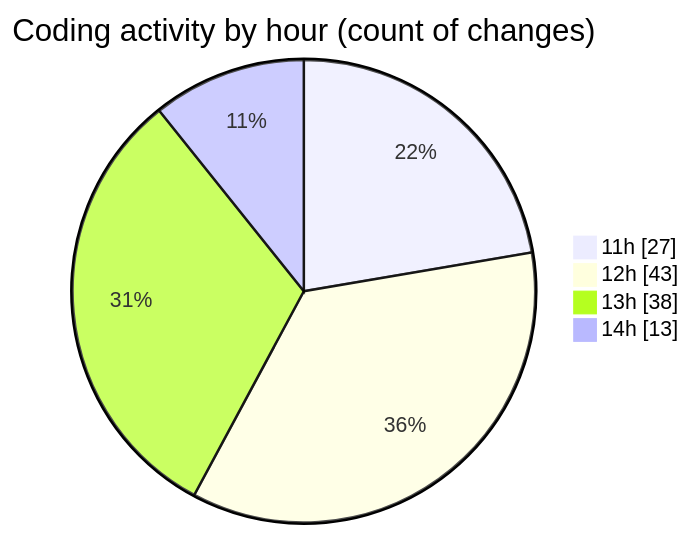
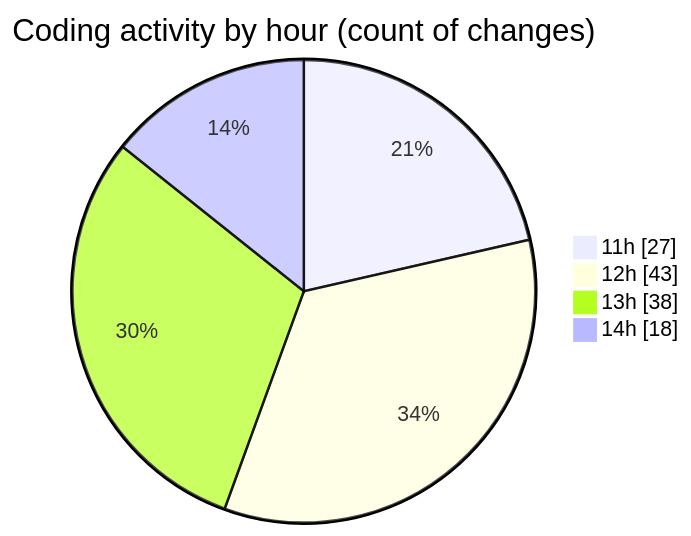
The second of 2 diagrams in 2026-01-05/cda/README.md (momahboobian/code-tracking), drawn with Mermaid before and after one commit. The commit also changed other lines of this file and 1 other file, not shown here.

````diff
--- a/2026-01-05/cda/README.md
+++ b/2026-01-05/cda/README.md
@@ -36,8 +36,8 @@
 ```mermaid
 pie showData
 title Coding activity by hour (count of changes)
 "11h" : 27
 "12h" : 43
 "13h" : 38
-"14h" : 13
+"14h" : 18
 ```
````
